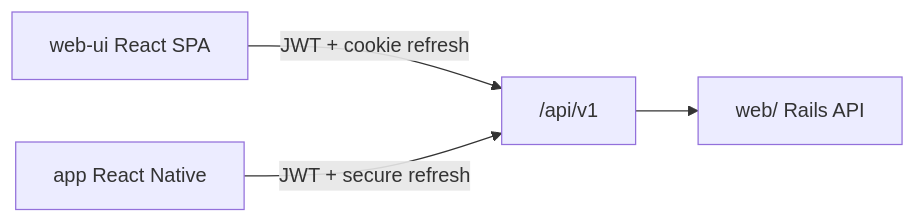
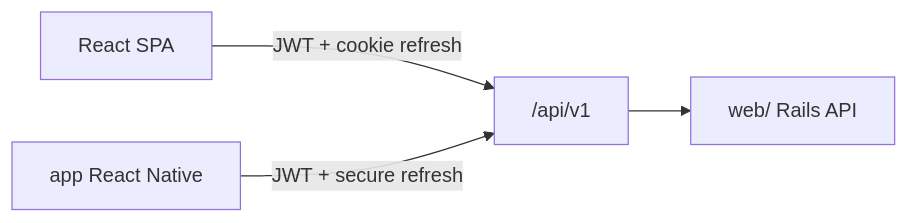
The diagram in docs/api/README.md (DLA-Solutions/school_lab), drawn with Mermaid before and after one commit. The commit also changed other lines of this file and 13 other files, not shown here.

````diff
--- a/docs/api/README.md
+++ b/docs/api/README.md
@@ -21,11 +21,11 @@
 ```mermaid
 flowchart LR
-  WebUI[web-ui React SPA]
+  WebUI[React SPA]
   Mobile[app React Native]
   API["/api/v1"]
   Rails[web/ Rails API]
 
   WebUI -->|JWT + cookie refresh| API
   Mobile -->|JWT + secure refresh| API
   API --> Rails
 ```
````
